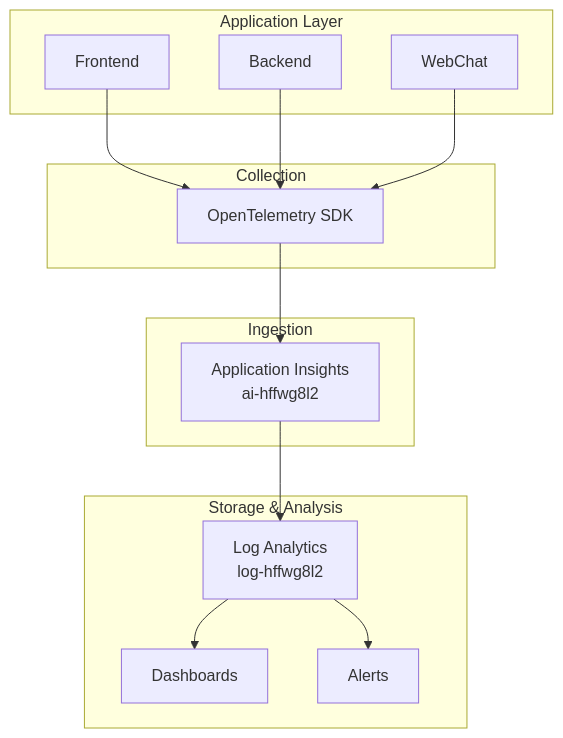
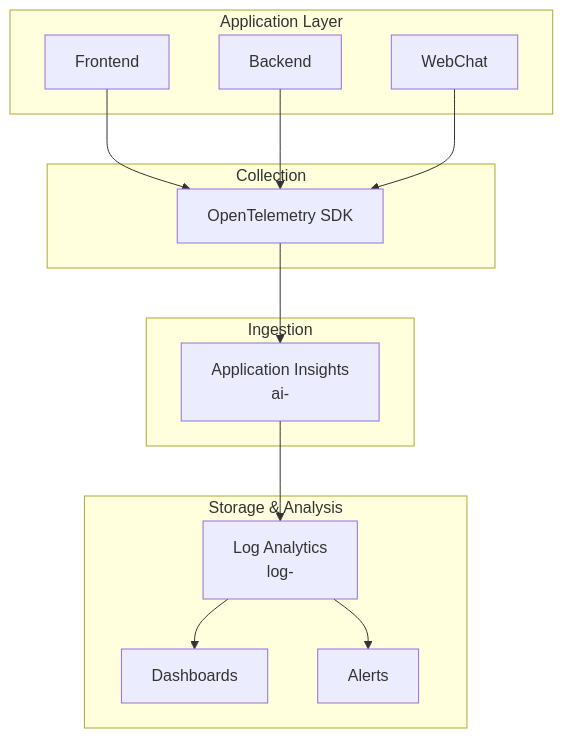
One commit to kevinevans1/genai_wiki changed the fifth of 7 diagrams in docs/architecture/data-flow.md. Above: the diagram before and after it, drawn with Mermaid. The commit also changed other lines of this file and 12 other files, not shown here.

````diff
--- a/docs/architecture/data-flow.md
+++ b/docs/architecture/data-flow.md
@@ -159,30 +159,30 @@
 ```mermaid
 graph TB
     subgraph "Application Layer"
         FE[Frontend]
         BE[Backend]
         CHAT[WebChat]
     end
     
     subgraph "Collection"
         SDK[OpenTelemetry SDK]
     end
     
     subgraph "Ingestion"
-        AI[Application Insights<br/>ai-hffwg8l2]
+        AI[Application Insights<br/>ai-<suffix>]
     end
     
     subgraph "Storage & Analysis"
-        LOG[Log Analytics<br/>log-hffwg8l2]
+        LOG[Log Analytics<br/>log-<suffix>]
         DASH[Dashboards]
         ALERTS[Alerts]
     end
     
     FE --> SDK
     BE --> SDK
     CHAT --> SDK
     SDK --> AI
     AI --> LOG
     LOG --> DASH
     LOG --> ALERTS
 ```
````
